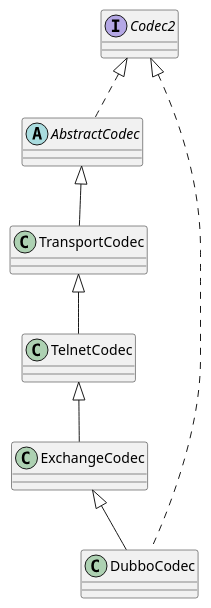
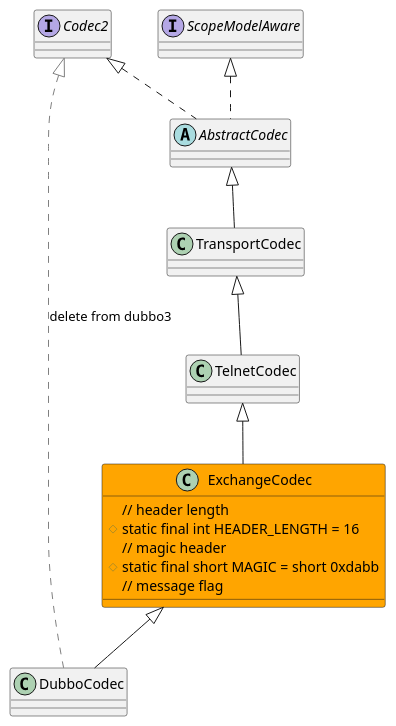
Before and after one commit to onlyonion/development: the diagram in docs/30-distributed/src/dubbo/rpc/protocol/dubbo/DubboCodec.md, drawn with PlantUML. The commit also changed other lines of this file and 173 other files, not shown here.

````diff
--- a/docs/30-distributed/src/dubbo/rpc/protocol/dubbo/DubboCodec.md
+++ b/docs/30-distributed/src/dubbo/rpc/protocol/dubbo/DubboCodec.md
@@ -17,20 +18,30 @@
 ```plantuml
 @startuml
 
 interface Codec2 
+interface ScopeModelAware
 abstract class AbstractCodec 
 class TransportCodec 
 class TelnetCodec 
-class ExchangeCodec 
+class ExchangeCodec #orange {
+  // header length
+  # static final int HEADER_LENGTH = 16
+  // magic header
+  # static final short MAGIC = short 0xdabb
+  // message flag
+
+}
 class DubboCodec 
 
 Codec2 ^.. AbstractCodec
+ScopeModelAware ^.. AbstractCodec
+
 AbstractCodec ^-- TransportCodec
 TransportCodec ^-- TelnetCodec
 TelnetCodec ^-- ExchangeCodec
 ExchangeCodec ^-- DubboCodec
 
-Codec2 ^.. DubboCodec
+Codec2 ^.. DubboCodec #gray : delete from dubbo3
 
 @enduml
 ```
````
